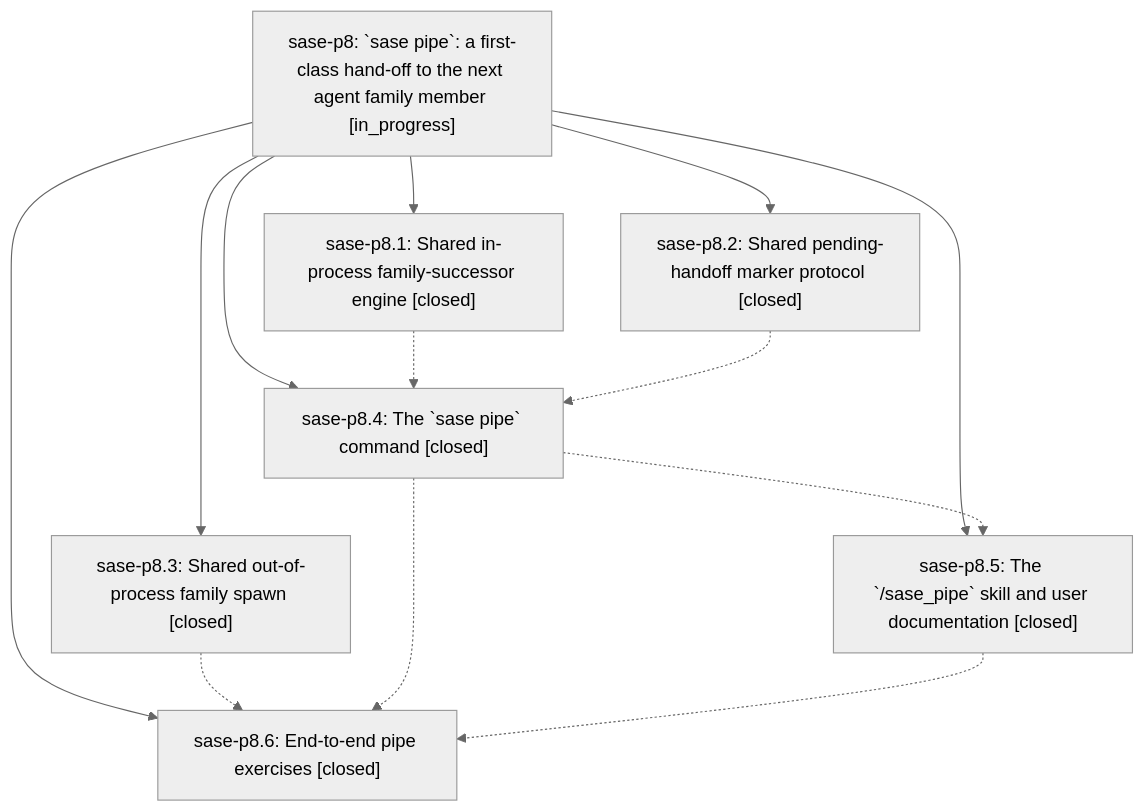
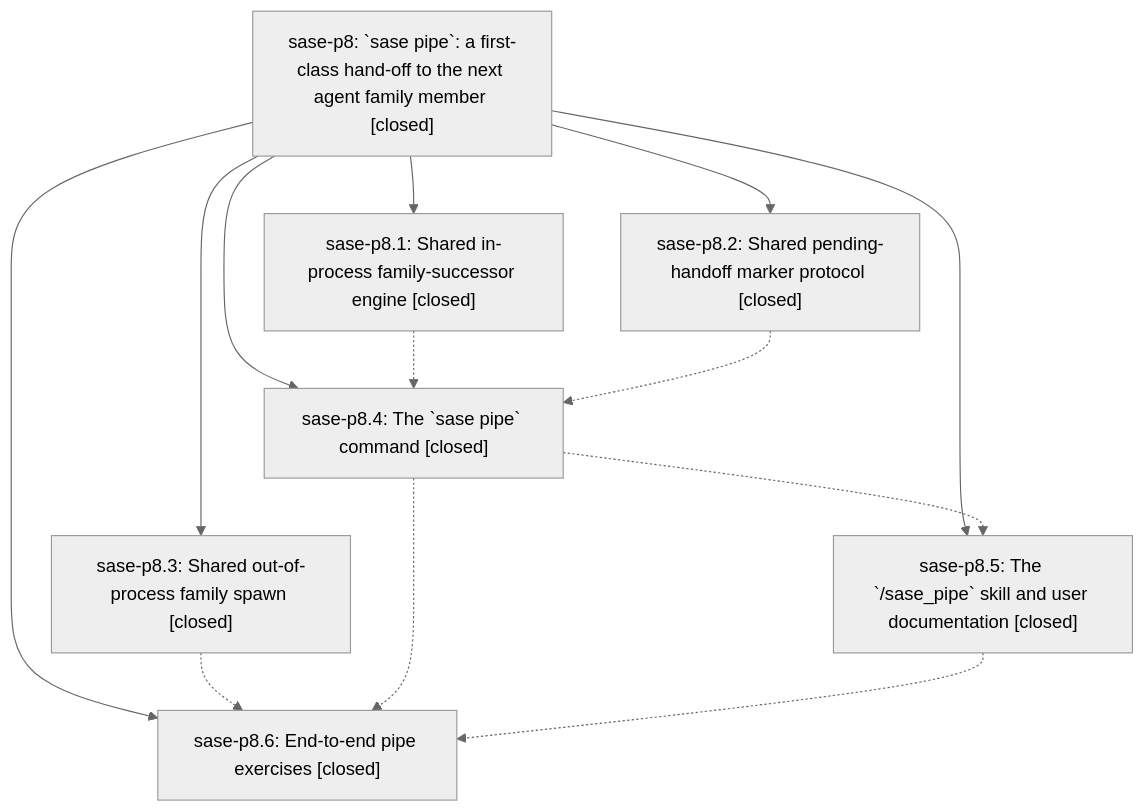
One commit to sase-org/sase--beads changed the diagram in pages/sase-p8/README.md. Above: the diagram before and after it, drawn with Mermaid (neutral theme). The commit also changed other lines of this file, not shown here.

First line of the commit message:
chore(beads): sync bead state and pages for sase-p8

````diff
--- a/pages/sase-p8/README.md
+++ b/pages/sase-p8/README.md
@@ -27,22 +61,22 @@
 ```mermaid
 flowchart TD
-    n0["sase-p8: `sase pipe`: a first-class hand-off to the next agent family member [in_progress]"]
+    n0["sase-p8: `sase pipe`: a first-class hand-off to the next agent family member [closed]"]
     n1["sase-p8.1: Shared in-process family-successor engine [closed]"]
     n2["sase-p8.2: Shared pending-handoff marker protocol [closed]"]
     n3["sase-p8.3: Shared out-of-process family spawn [closed]"]
     n4["sase-p8.4: The `sase pipe` command [closed]"]
     n5["sase-p8.5: The `/sase_pipe` skill and user documentation [closed]"]
     n6["sase-p8.6: End-to-end pipe exercises [closed]"]
     n0 --> n1
     n0 --> n2
     n0 --> n3
     n0 --> n4
     n0 --> n5
     n0 --> n6
     n1 -.-> n4
     n2 -.-> n4
     n3 -.-> n6
     n4 -.-> n5
     n4 -.-> n6
     n5 -.-> n6
 ```
````
